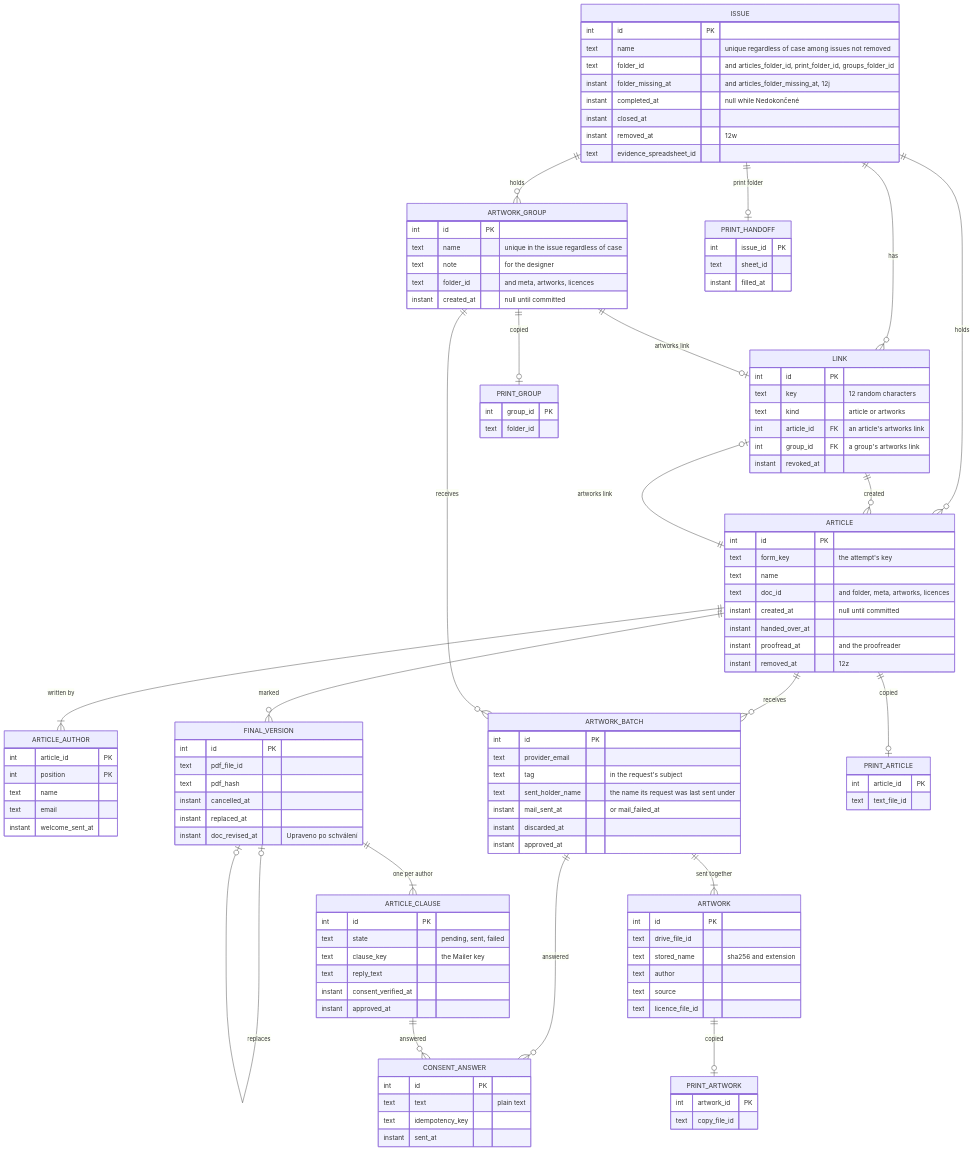
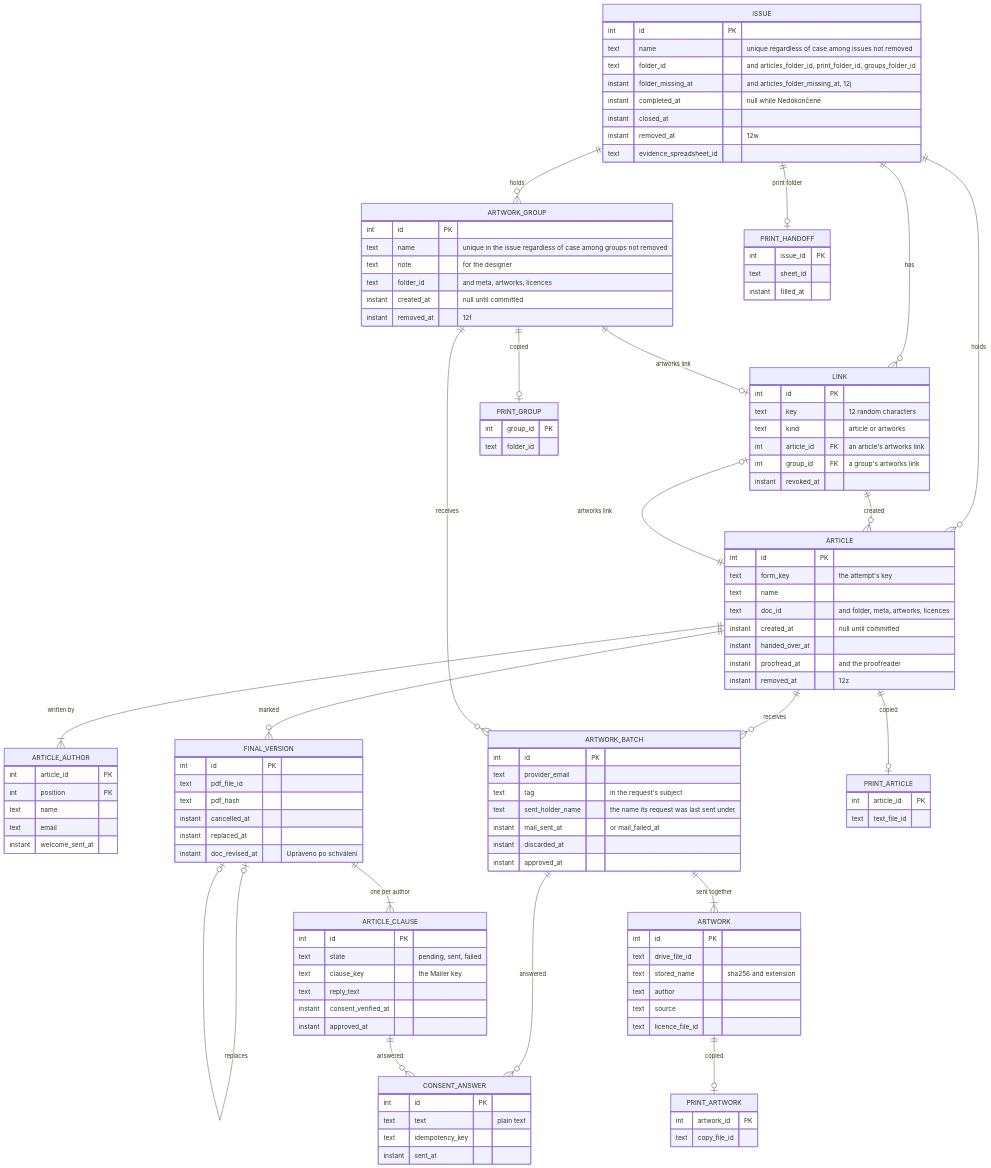
One commit to vednemesicnik/cz.vednemesicnik.publikace changed the second of 6 diagrams in docs/architecture.md. Above: the diagram before and after it, drawn with Mermaid. The commit also changed other lines of this file and 28 other files, not shown here.

```diff
--- a/docs/architecture.md
+++ b/docs/architecture.md
@@ -120,10 +120,11 @@
   }
   ARTWORK_GROUP {
     int id PK
-    text name "unique in the issue regardless of case"
+    text name "unique in the issue regardless of case among groups not removed"
     text note "for the designer"
     text folder_id "and meta, artworks, licences"
     instant created_at "null until committed"
+    instant removed_at "12f"
   }
   ARTICLE {
     int id PK
```
